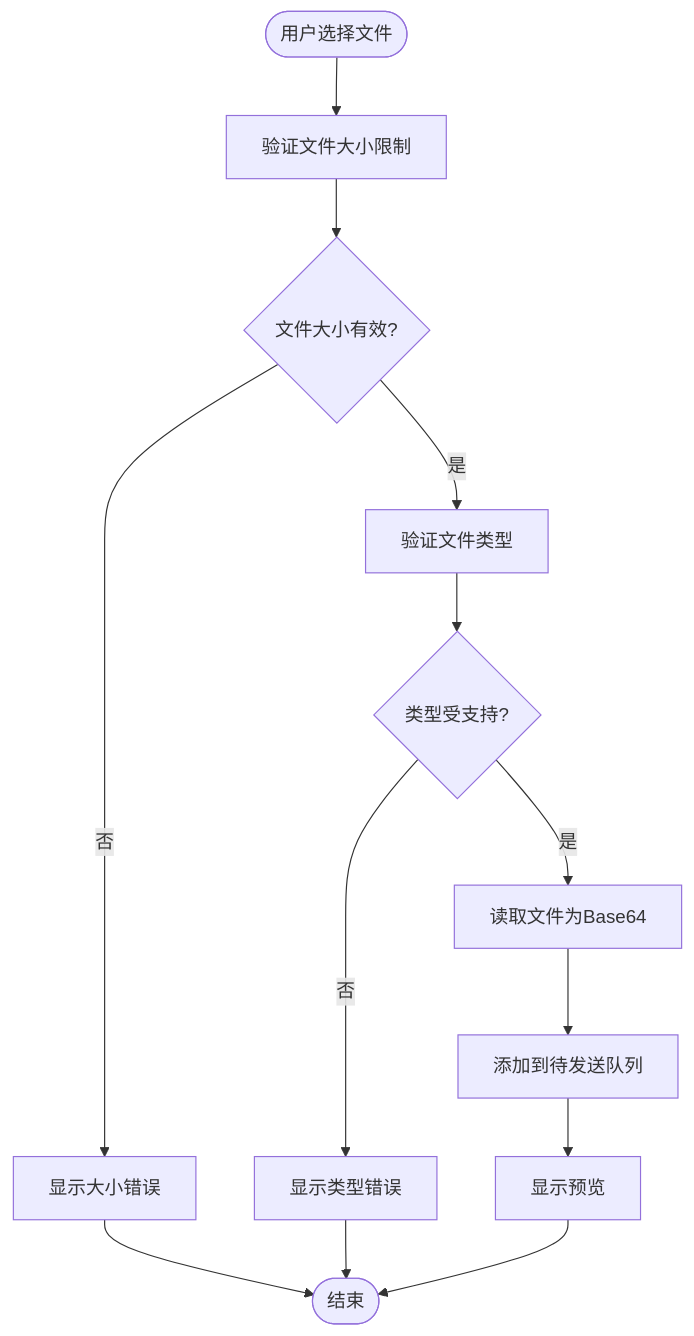
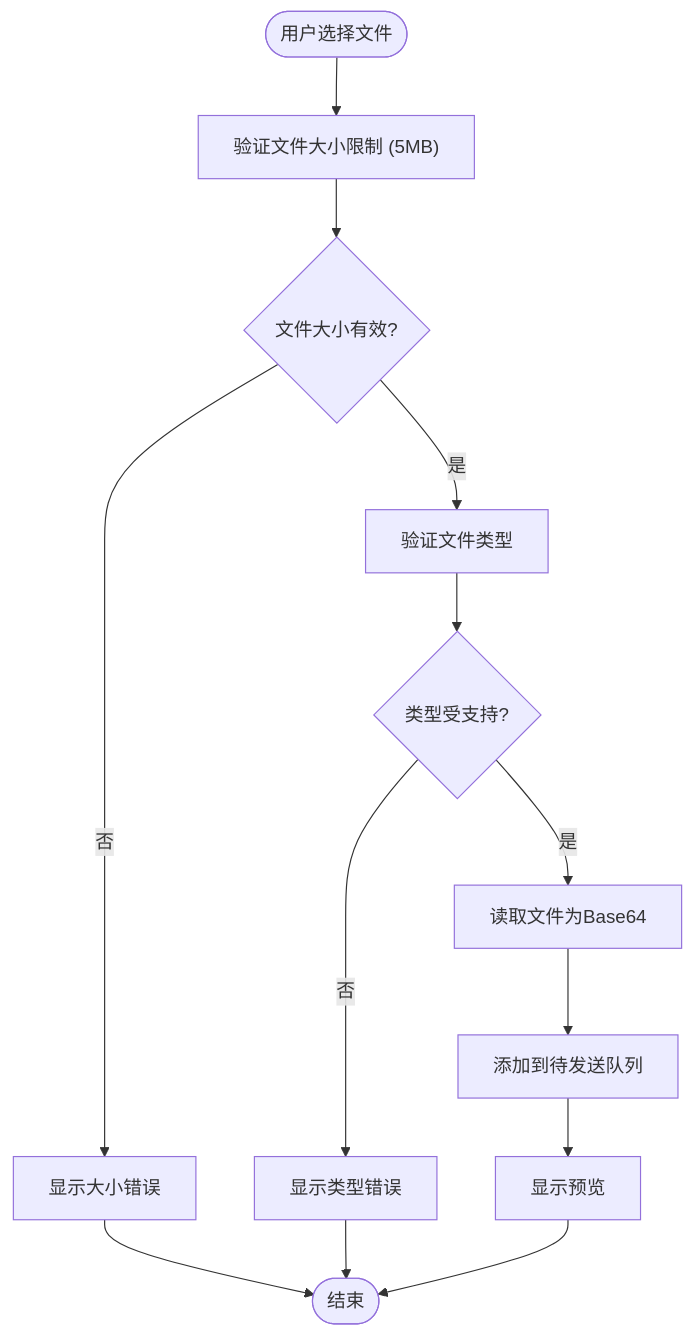
Before and after one commit to verse-ai-org/openclaw: the seventh of 14 diagrams in .qoder/repowiki/zh/content/Web界面/WebChat界面/聊天附件处理系统.md, drawn with Mermaid. The commit also changed other lines of this file and 89 other files, not shown here.

````diff
--- a/.qoder/repowiki/zh/content/Web界面/WebChat界面/聊天附件处理系统.md
+++ b/.qoder/repowiki/zh/content/Web界面/WebChat界面/聊天附件处理系统.md
@@ -271,15 +337,15 @@
 ```mermaid
 flowchart TD
-Start([用户选择文件]) --> ValidateSize["验证文件大小限制"]
+Start([用户选择文件]) --> ValidateSize["验证文件大小限制 (5MB)"]
 ValidateSize --> SizeOK{"文件大小有效?"}
 SizeOK --> |否| ShowError1["显示大小错误"]
 SizeOK --> |是| ValidateType["验证文件类型"]
 ValidateType --> TypeOK{"类型受支持?"}
 TypeOK --> |否| ShowError2["显示类型错误"]
 TypeOK --> |是| ReadFile["读取文件为Base64"]
 ReadFile --> AddToQueue["添加到待发送队列"]
 AddToQueue --> Preview["显示预览"]
 ShowError1 --> End([结束])
 ShowError2 --> End
 Preview --> End
 ```
````
